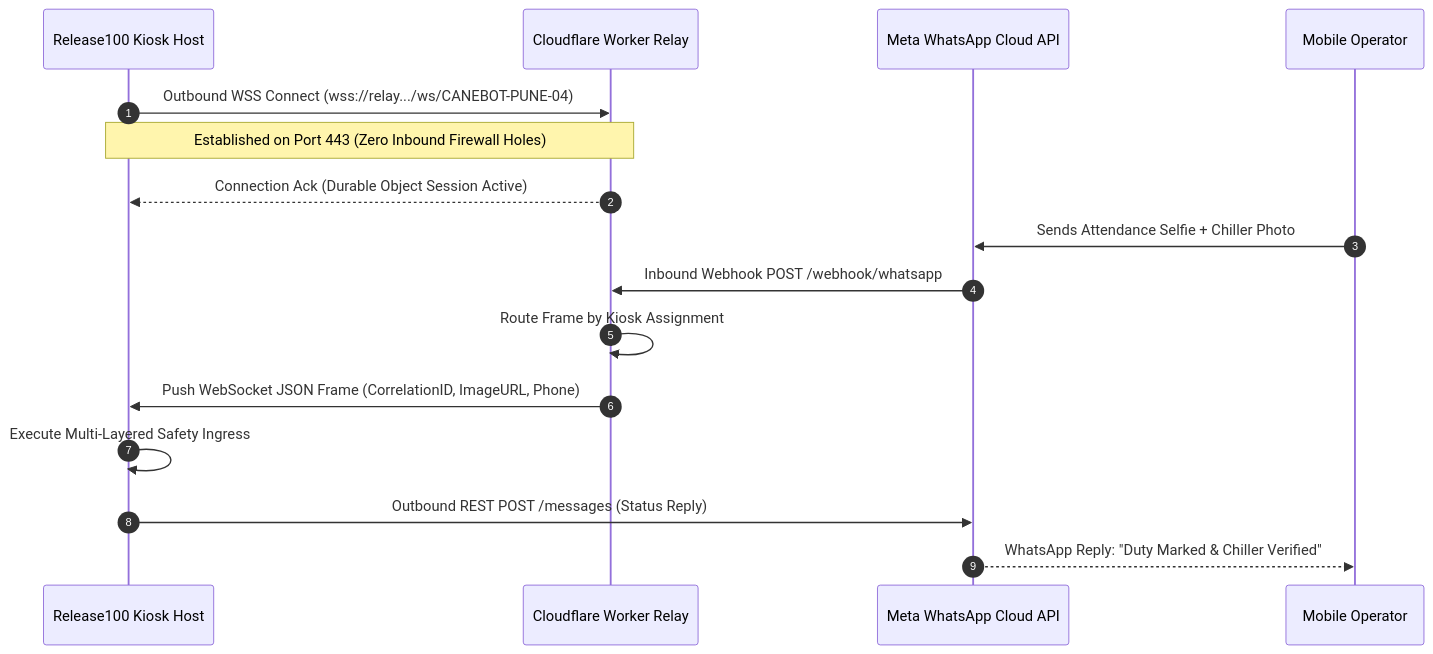
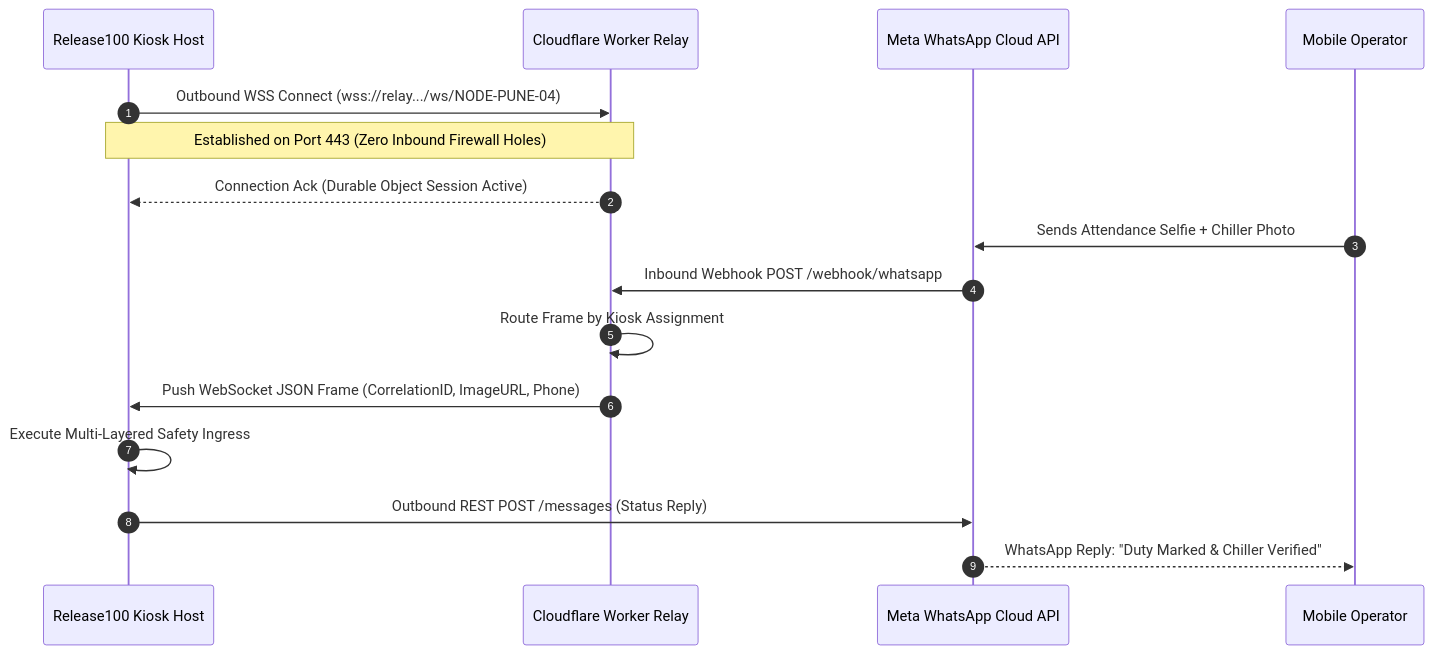
The third of 6 diagrams in ARCHITECTURE.md (meetmahendra/Release100), drawn with Mermaid before and after one commit. The commit also changed other lines of this file and 3 other files, not shown here.

Commit message:
docs(dea): T24 architecture, manuals and ISSUE-009

````diff
--- a/ARCHITECTURE.md
+++ b/ARCHITECTURE.md
@@ -131,20 +131,20 @@
 ```mermaid
 sequenceDiagram
     autonumber
     participant Kiosk as Release100 Kiosk Host
     participant Relay as Cloudflare Worker Relay
     participant Meta as Meta WhatsApp Cloud API
     participant Worker as Mobile Operator
 
-    Kiosk->>Relay: Outbound WSS Connect (wss://relay.../ws/CANEBOT-PUNE-04)
+    Kiosk->>Relay: Outbound WSS Connect (wss://relay.../ws/NODE-PUNE-04)
     Note over Kiosk,Relay: Established on Port 443 (Zero Inbound Firewall Holes)
     Relay-->>Kiosk: Connection Ack (Durable Object Session Active)
 
     Worker->>Meta: Sends Attendance Selfie + Chiller Photo
     Meta->>Relay: Inbound Webhook POST /webhook/whatsapp
     Relay->>Relay: Route Frame by Kiosk Assignment
     Relay->>Kiosk: Push WebSocket JSON Frame (CorrelationID, ImageURL, Phone)
     Kiosk->>Kiosk: Execute Multi-Layered Safety Ingress
     Kiosk->>Meta: Outbound REST POST /messages (Status Reply)
     Meta-->>Worker: WhatsApp Reply: "Duty Marked & Chiller Verified"
 ```
````
